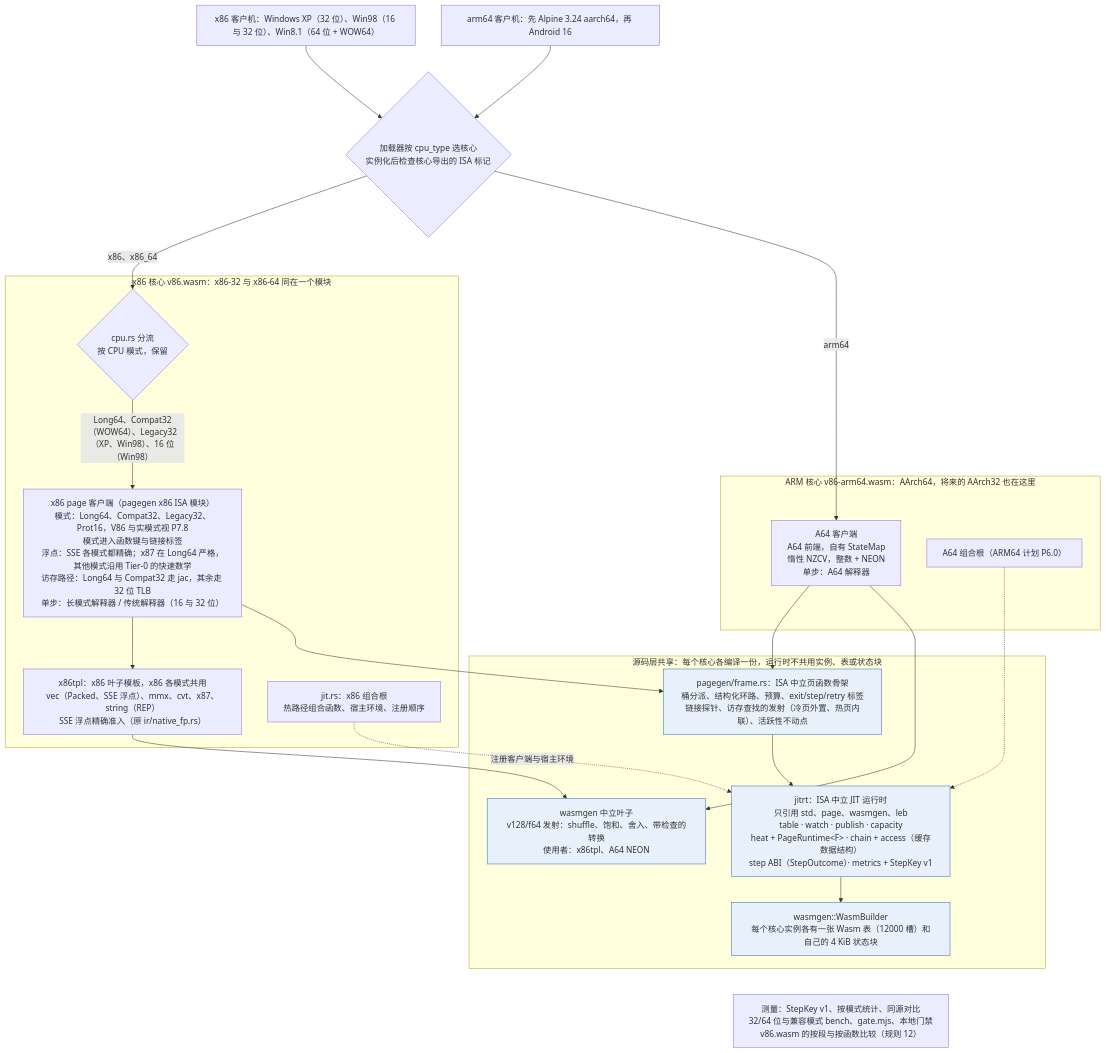
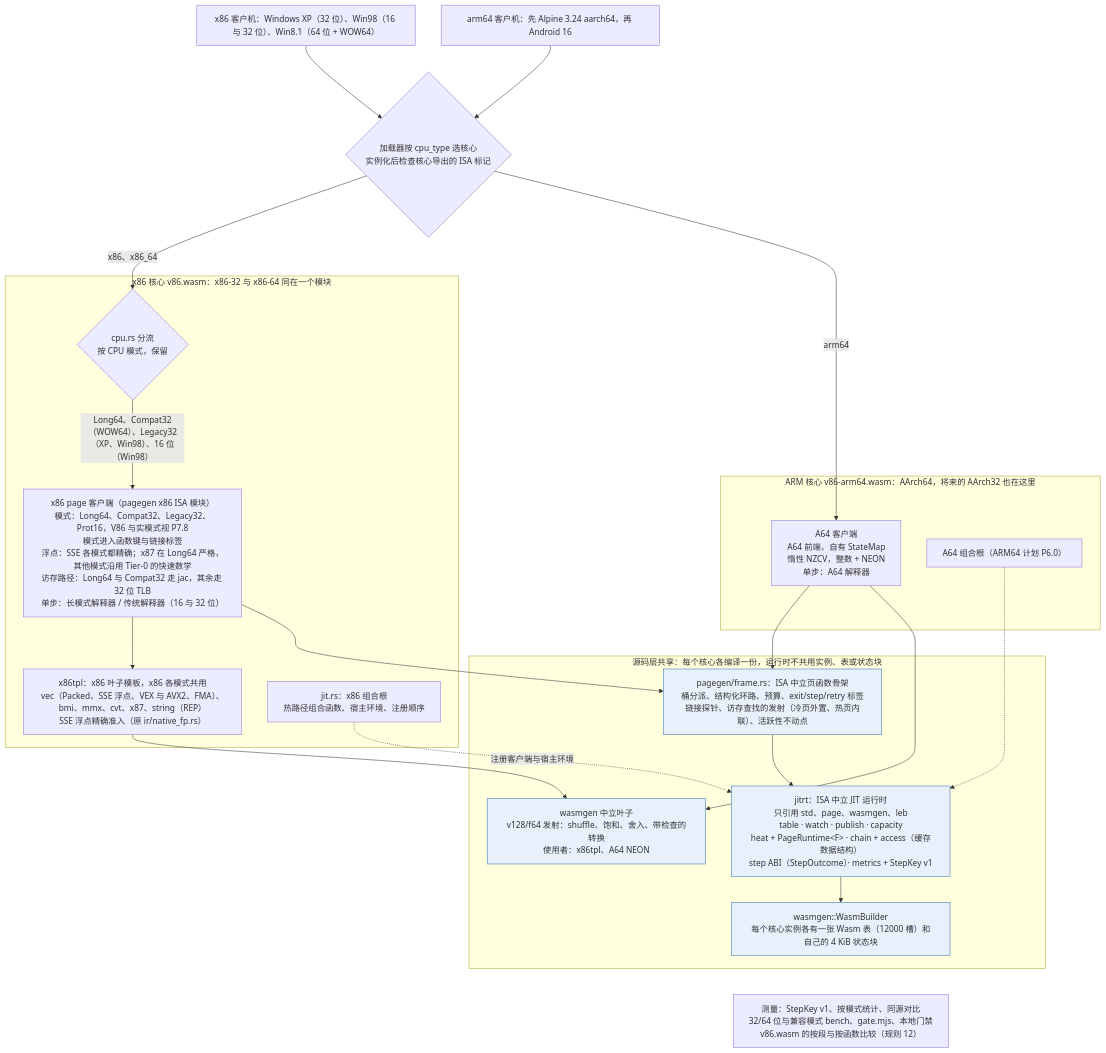
Before and after one commit to speedyHKjournalist/v64: the second of 3 diagrams in docs/jit-unification-plan.md, drawn with Mermaid. The commit also changed other lines of this file and 1 other file, not shown here.

````diff
--- a/docs/jit-unification-plan.md
+++ b/docs/jit-unification-plan.md
@@ -149,48 +151,48 @@
 ```mermaid
 %%{init: {"flowchart": {"wrappingWidth": 360}}}%%
 flowchart TD
     GX["x86 客户机：Windows XP（32 位）、Win98（16 与 32 位）、Win8.1（64 位 + WOW64）"]
     GA["arm64 客户机：先 Alpine 3.24 aarch64，再 Android 16"]
     LD{"加载器按 cpu_type 选核心<br/>实例化后检查核心导出的 ISA 标记"}
     GX --> LD
     GA --> LD
 
     subgraph XCORE["x86 核心 v86.wasm：x86-32 与 x86-64 同在一个模块"]
         D{"cpu.rs 分流<br/>按 CPU 模式，保留"}
         CX["x86 page 客户端（pagegen x86 ISA 模块）<br/>模式：Long64、Compat32、Legacy32、Prot16，V86 与实模式视 P7.8<br/>模式进入函数键与链接标签<br/>浮点：SSE 各模式都精确；x87 在 Long64 严格，其他模式沿用 Tier-0 的快速数学<br/>访存路径：Long64 与 Compat32 走 jac，其余走 32 位 TLB<br/>单步：长模式解释器 / 传统解释器（16 与 32 位）"]
-        TPL["x86tpl：x86 叶子模板，x86 各模式共用<br/>vec（Packed、SSE 浮点）、mmx、cvt、x87、string（REP）<br/>SSE 浮点精确准入（原 ir/native_fp.rs）"]
+        TPL["x86tpl：x86 叶子模板，x86 各模式共用<br/>vec（Packed、SSE 浮点、VEX 与 AVX2、FMA）、bmi、mmx、cvt、x87、string（REP）<br/>SSE 浮点精确准入（原 ir/native_fp.rs）"]
         JR["jit.rs：x86 组合根<br/>热路径组合函数、宿主环境、注册顺序"]
         D -->|"Long64、Compat32（WOW64）、Legacy32（XP、Win98）、16 位（Win98）"| CX
         CX --> TPL
     end
 
     subgraph ACORE["ARM 核心 v86-arm64.wasm：AArch64，将来的 AArch32 也在这里"]
         CA64["A64 客户端<br/>A64 前端，自有 StateMap<br/>惰性 NZCV，整数 + NEON<br/>单步：A64 解释器"]
         AR["A64 组合根（ARM64 计划 P6.0）"]
     end
 
     LD -->|"x86、x86_64"| D
     LD -->|"arm64"| CA64
 
     subgraph SHARED["源码层共享：每个核心各编译一份，运行时不共用实例、表或状态块"]
         LEAF["wasmgen 中立叶子<br/>v128/f64 发射：shuffle、饱和、舍入、带检查的转换<br/>使用者：x86tpl、A64 NEON"]
         FRAME["pagegen/frame.rs：ISA 中立页函数骨架<br/>桶分派、结构化环路、预算、exit/step/retry 标签<br/>链接探针、访存查找的发射（冷页外置、热页内联）、活跃性不动点"]
         RT["jitrt：ISA 中立 JIT 运行时<br/>只引用 std、page、wasmgen、leb<br/>table · watch · publish · capacity<br/>heat + PageRuntime#lt;F#gt; · chain + access（缓存数据结构）<br/>step ABI（StepOutcome）· metrics + StepKey v1"]
         WB["wasmgen::WasmBuilder<br/>每个核心实例各有一张 Wasm 表（12000 槽）和自己的 4 KiB 状态块"]
     end
 
     TPL --> LEAF
     CX --> FRAME
     CA64 --> FRAME
     CA64 --> LEAF
     FRAME --> RT
     RT --> WB
     JR -.->|"注册客户端与宿主环境"| RT
     AR -.-> RT
 
     MEAS["测量：StepKey v1、按模式统计、同源对比<br/>32/64 位与兼容模式 bench、gate.mjs、本地门禁<br/>v86.wasm 的按段与按函数比较（规则 12）"]
     WB ~~~ MEAS
 
     classDef shared fill:#e8f1fb,stroke:#2f6fb5
     class LEAF,FRAME,RT,WB shared
 ```
````
